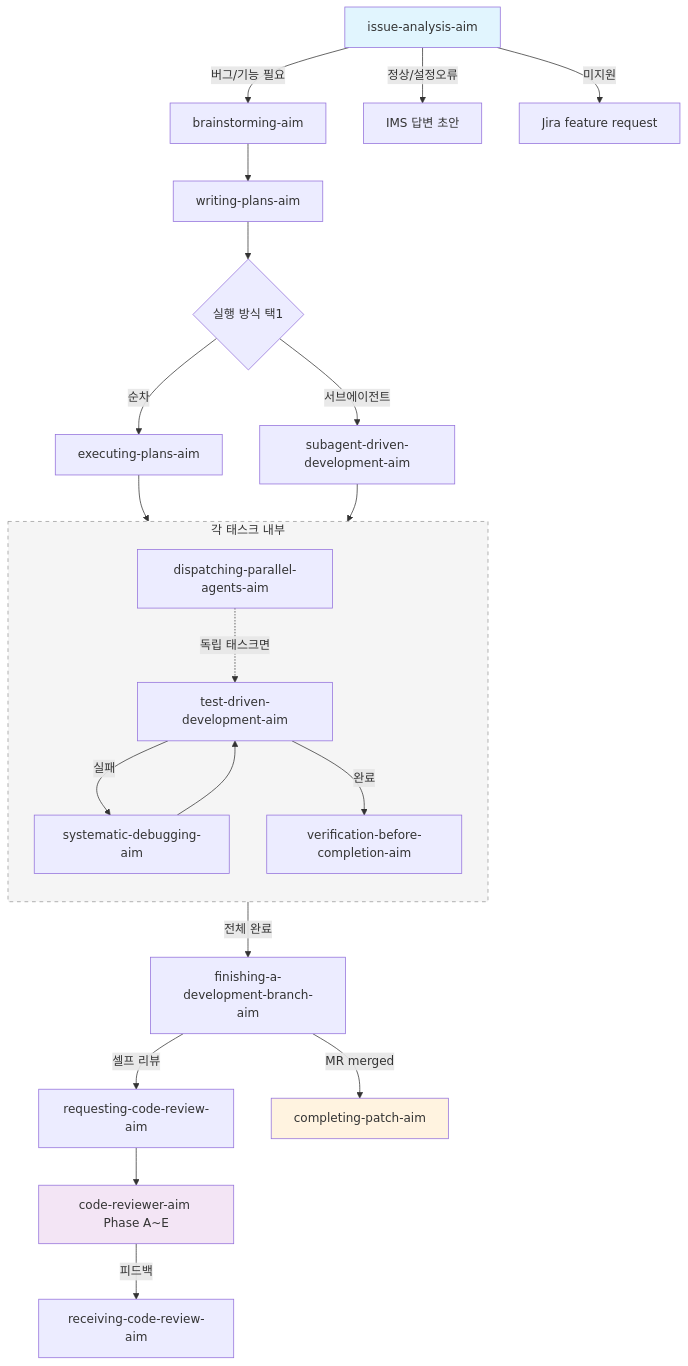
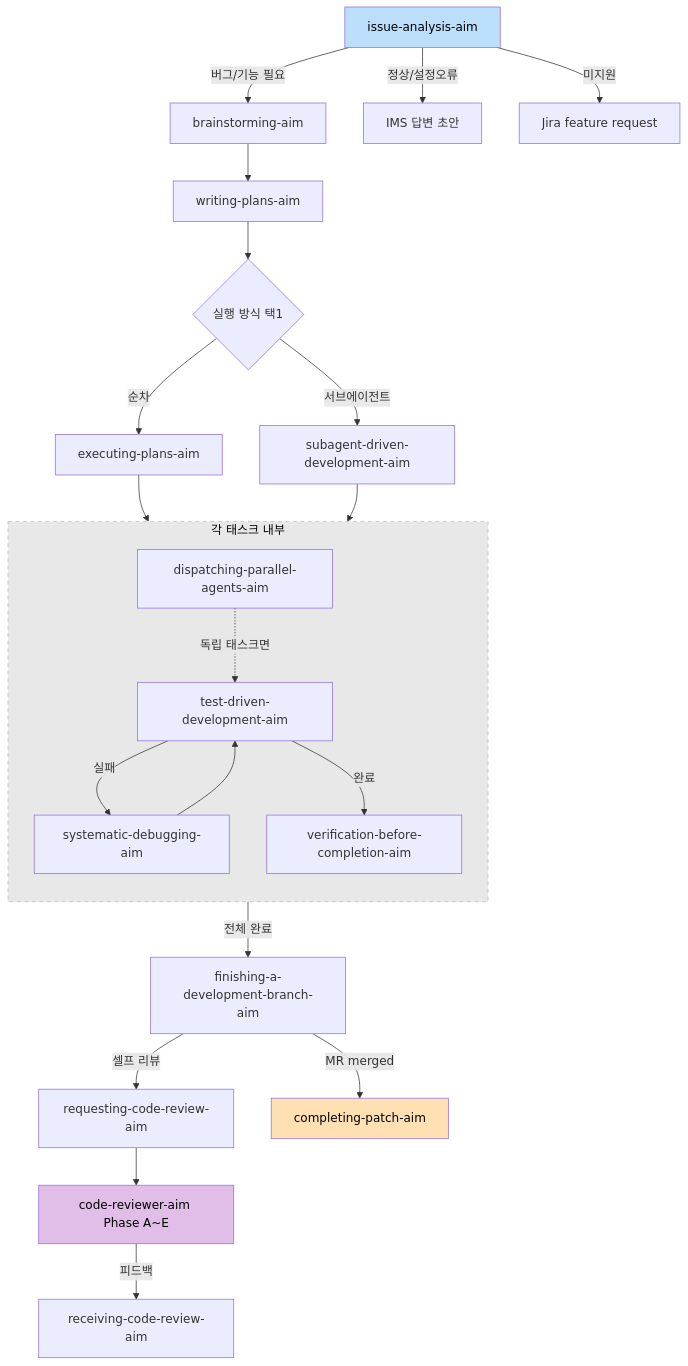
Before and after one commit to kmj5228/aim-harness: the diagram in README.md, drawn with Mermaid.

Commit message:
style: improve mermaid color contrast for dark mode

````diff
--- a/README.md
+++ b/README.md
@@ -77,33 +77,33 @@
 ```mermaid
 flowchart TD
     A[issue-analysis-aim] -->|"버그/기능 필요"| B[brainstorming-aim]
     B --> C[writing-plans-aim]
     C --> D{실행 방식 택1}
     D -->|순차| E[executing-plans-aim]
     D -->|서브에이전트| F[subagent-driven-development-aim]
 
     E --> TASKS
     F --> TASKS
 
     subgraph TASKS ["각 태스크 내부"]
         direction TB
         G[test-driven-development-aim] -->|실패| I[systematic-debugging-aim]
         I --> G
         G -->|완료| J[verification-before-completion-aim]
         H[dispatching-parallel-agents-aim] -.->|독립 태스크면| G
     end
 
     TASKS -->|전체 완료| K[finishing-a-development-branch-aim]
     K -->|셀프 리뷰| L[requesting-code-review-aim]
     L --> M[code-reviewer-aim Phase A~E]
     M -->|피드백| R[receiving-code-review-aim]
     K -->|MR merged| N[completing-patch-aim]
 
     A -->|"정상/설정오류"| O[IMS 답변 초안]
     A -->|"미지원"| P[Jira feature request]
 
-    style A fill:#e1f5fe
-    style N fill:#fff3e0
-    style M fill:#f3e5f5
-    style TASKS fill:#f5f5f5,stroke:#999,stroke-dasharray: 5 5
+    style A fill:#bbdefb,color:#000
+    style N fill:#ffe0b2,color:#000
+    style M fill:#e1bee7,color:#000
+    style TASKS fill:#e8e8e8,stroke:#bbb,stroke-dasharray: 5 5,color:#000
 ```
````
